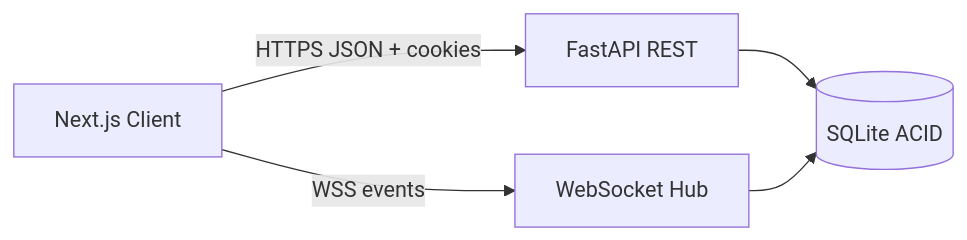
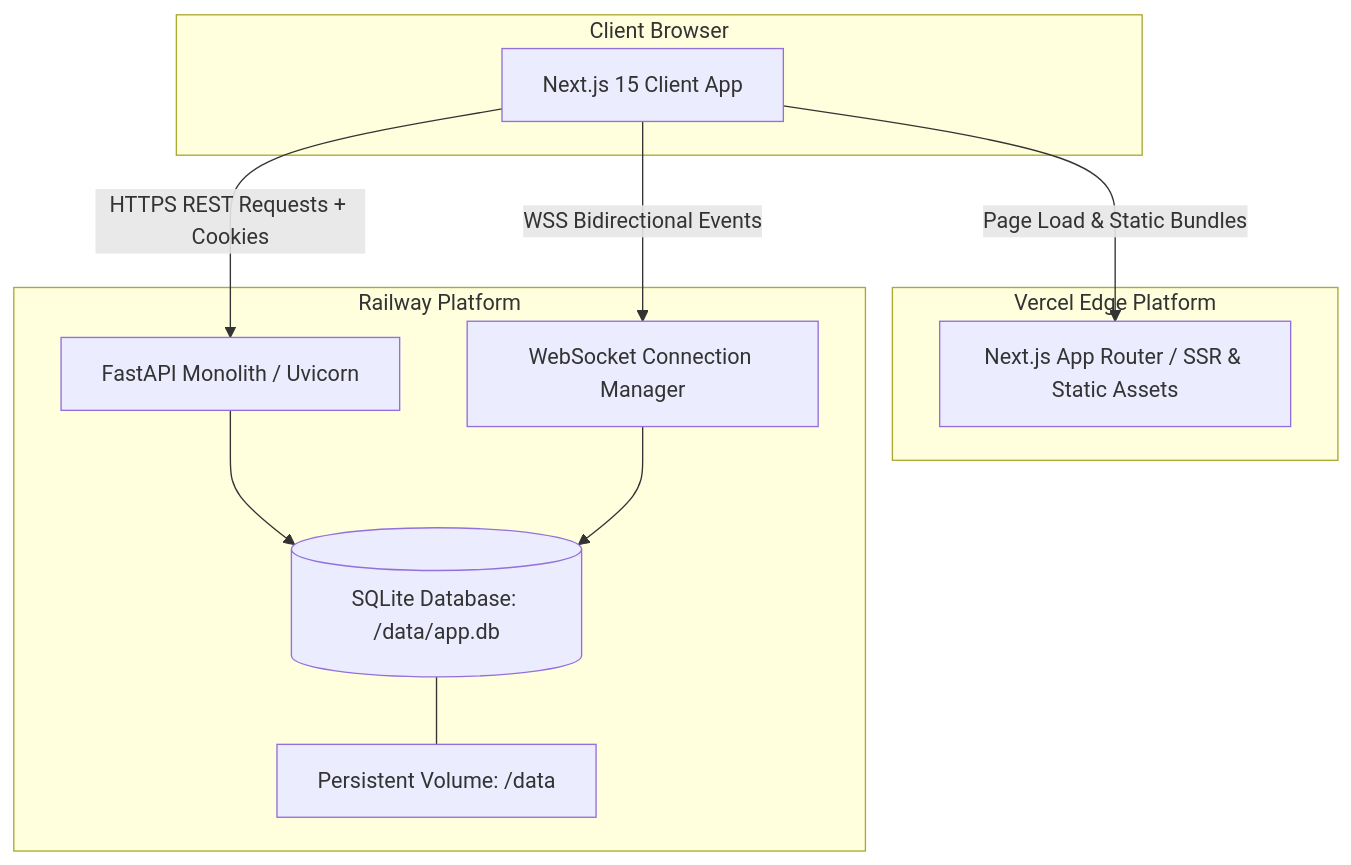
One commit to SlayerBit/signal-clone changed the first of 3 diagrams in docs/ARCHITECTURE.md. Above: the diagram before and after it, drawn with Mermaid. The commit also changed other lines of this file and 27 other files, not shown here.

````diff
--- a/docs/ARCHITECTURE.md
+++ b/docs/ARCHITECTURE.md
@@ -5,11 +7,24 @@
 ```mermaid
-flowchart LR
-  Browser[Next.js Client]
-  API[FastAPI REST]
-  WS[WebSocket Hub]
-  DB[(SQLite ACID)]
-  Browser -->|HTTPS JSON + cookies| API
-  Browser -->|WSS events| WS
-  API --> DB
-  WS --> DB
+flowchart TB
+  subgraph Client [Client Browser]
+    BrowserUI[Next.js 15 Client App]
+  end
+
+  subgraph VercelEdge [Vercel Edge Platform]
+    VercelApp[Next.js App Router / SSR & Static Assets]
+  end
+
+  subgraph RailwayPaaS [Railway Platform]
+    FastAPIApp[FastAPI Monolith / Uvicorn]
+    WSHub[WebSocket Connection Manager]
+    VolMount[Persistent Volume: /data]
+    SQLiteDB[(SQLite Database: /data/app.db)]
+  end
+
+  BrowserUI -->|Page Load & Static Bundles| VercelApp
+  BrowserUI -->|HTTPS REST Requests + Cookies| FastAPIApp
+  BrowserUI -->|WSS Bidirectional Events| WSHub
+  FastAPIApp --> SQLiteDB
+  WSHub --> SQLiteDB
+  SQLiteDB --- VolMount
 ```
````
